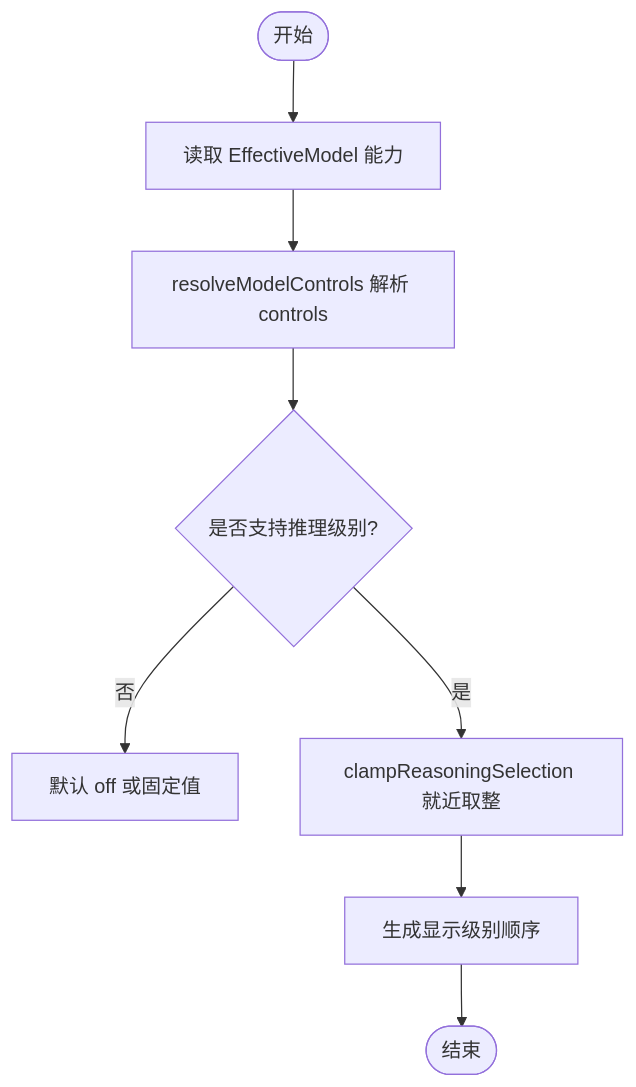
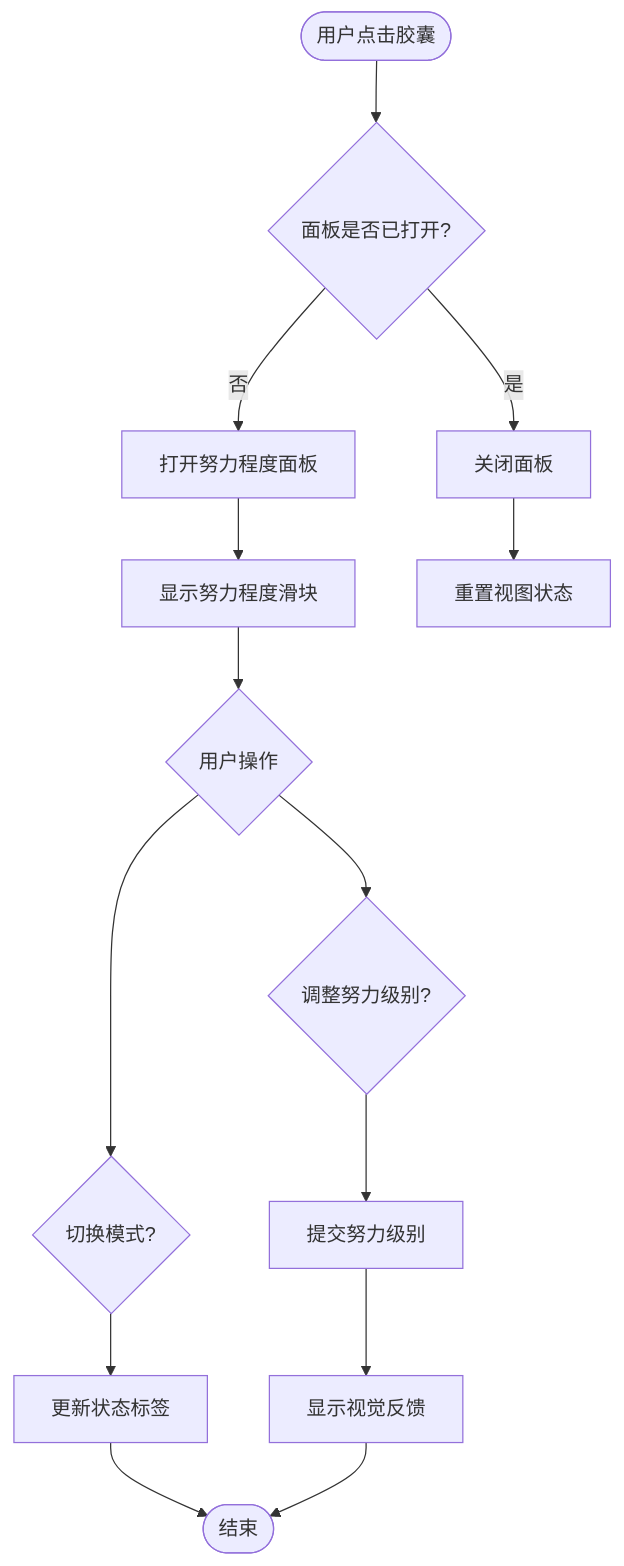
The third of 6 diagrams in .qoder/repowiki/zh/content/用户界面/对话编辑器/努力程度控制.md (haolange/RDC-Agent), drawn with Mermaid before and after one commit. The commit also changed other lines of this file and 22 other files, not shown here.

````diff
--- a/.qoder/repowiki/zh/content/用户界面/对话编辑器/努力程度控制.md
+++ b/.qoder/repowiki/zh/content/用户界面/对话编辑器/努力程度控制.md
@@ -181,10 +147,16 @@
 ```mermaid
 flowchart TD
-Start(["开始"]) --> ReadCap["读取 EffectiveModel 能力"]
-ReadCap --> Resolve["resolveModelControls 解析 controls"]
-Resolve --> Levels{"是否支持推理级别?"}
-Levels -- 否 --> DefaultOff["默认 off 或固定值"]
-Levels -- 是 --> Clamp["clampReasoningSelection 就近取整"]
-Clamp --> Display["生成显示级别顺序"]
-Display --> End(["结束"])
+Start(["用户点击胶囊"]) --> CheckOpen{"面板是否已打开?"}
+CheckOpen -- 否 --> OpenPanel["打开努力程度面板"]
+CheckOpen -- 是 --> ClosePanel["关闭面板"]
+OpenPanel --> ShowEffort["显示努力程度滑块"]
+ClosePanel --> ResetView["重置视图状态"]
+ShowEffort --> UserAction{"用户操作"}
+UserAction --> ToggleMode{"切换模式?"}
+UserAction --> AdjustLevel{"调整努力级别?"}
+ToggleMode --> UpdateStatus["更新状态标签"]
+AdjustLevel --> CommitLevel["提交努力级别"]
+CommitLevel --> VisualFeedback["显示视觉反馈"]
+UpdateStatus --> End(["结束"])
+VisualFeedback --> End
 ```
````
